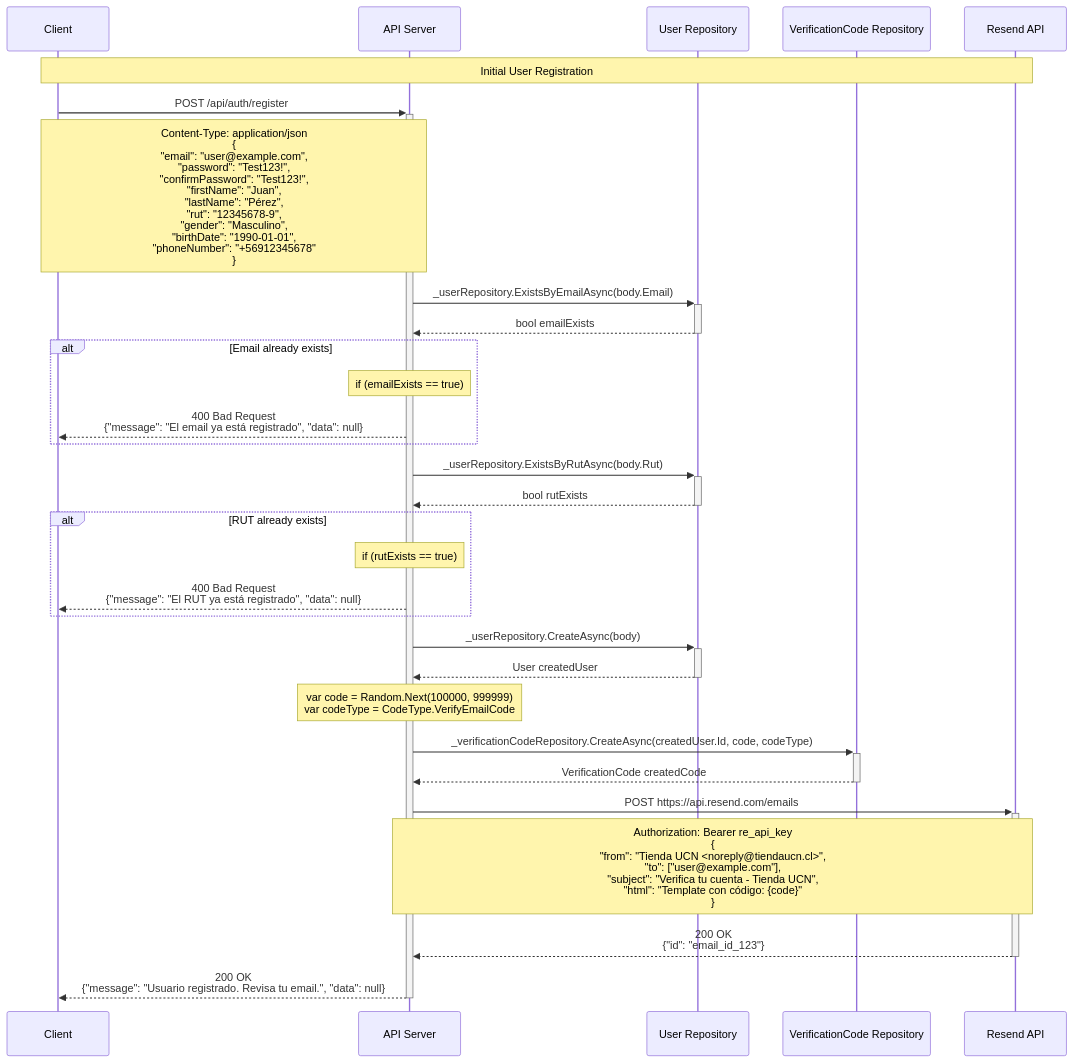
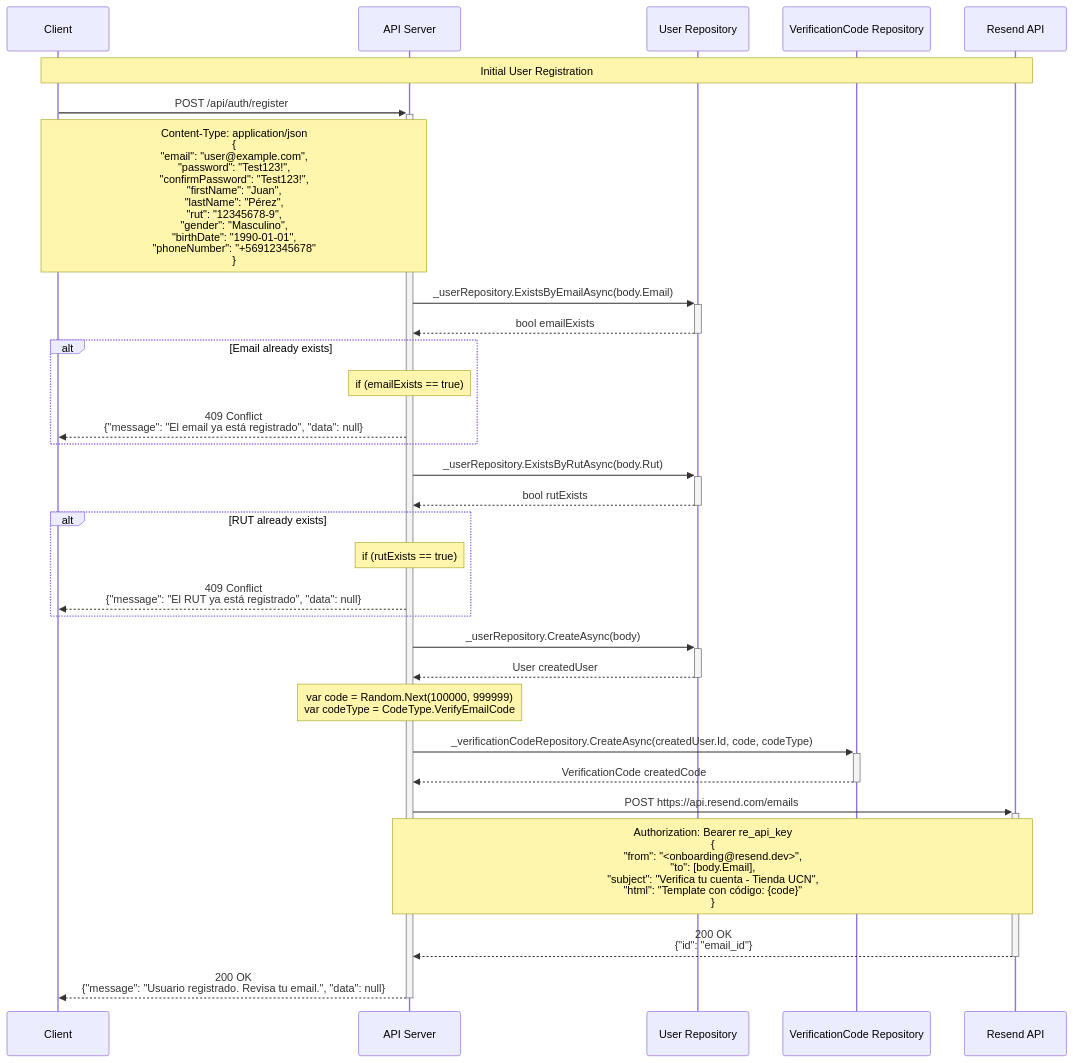
One commit to JorgeRiveraMancilla/idwm-backend changed the diagram in Docs/Auth/1_Register.md. Above: the diagram before and after it, drawn with Mermaid. The commit also changed 2 other files, not shown here.

Commit message:
docs(auth): update response codes and email sender details

````diff
--- a/Docs/Auth/1_Register.md
+++ b/Docs/Auth/1_Register.md
@@ -1,45 +1,45 @@
 ```mermaid
 sequenceDiagram
     participant C as Client
     participant API as API Server
     participant UR as User Repository
     participant VCR as VerificationCode Repository
     participant RS as Resend API
 
     Note over C,RS: Initial User Registration
 
     C->>+API: POST /api/auth/register
     Note over C,API: Content-Type: application/json<br/>{<br/>"email": "user@example.com",<br/>"password": "Test123!",<br/>"confirmPassword": "Test123!",<br/>"firstName": "Juan",<br/>"lastName": "Pérez",<br/>"rut": "12345678-9",<br/>"gender": "Masculino",<br/>"birthDate": "1990-01-01",<br/>"phoneNumber": "+56912345678"<br/>}
 
     API->>+UR: _userRepository.ExistsByEmailAsync(body.Email)
     UR-->>-API: bool emailExists
 
     alt Email already exists
         Note over API: if (emailExists == true)
-        API-->>C: 400 Bad Request<br/>{"message": "El email ya está registrado", "data": null}
+        API-->>C: 409 Conflict<br/>{"message": "El email ya está registrado", "data": null}
     end
 
     API->>+UR: _userRepository.ExistsByRutAsync(body.Rut)
     UR-->>-API: bool rutExists
 
 
     alt RUT already exists
         Note over API: if (rutExists == true)
-        API-->>C: 400 Bad Request<br/>{"message": "El RUT ya está registrado", "data": null}
+        API-->>C: 409 Conflict<br/>{"message": "El RUT ya está registrado", "data": null}
     end
 
     API->>+UR: _userRepository.CreateAsync(body)
     UR-->>-API: User createdUser
 
     Note over API: var code = Random.Next(100000, 999999)<br/>var codeType = CodeType.VerifyEmailCode
 
     API->>+VCR: _verificationCodeRepository.CreateAsync(createdUser.Id, code, codeType)
     VCR-->>-API: VerificationCode createdCode
 
     API->>+RS: POST https://api.resend.com/emails
-    Note over API,RS: Authorization: Bearer re_api_key<br/>{<br/>"from": "Tienda UCN <noreply@tiendaucn.cl>",<br/>"to": ["user@example.com"],<br/>"subject": "Verifica tu cuenta - Tienda UCN",<br/>"html": "Template con código: {code}"<br/>}
+    Note over API,RS: Authorization: Bearer re_api_key<br/>{<br/>"from": "<onboarding@resend.dev>",<br/>"to": [body.Email],<br/>"subject": "Verifica tu cuenta - Tienda UCN",<br/>"html": "Template con código: {code}"<br/>}
 
-    RS-->>-API: 200 OK<br/>{"id": "email_id_123"}
+    RS-->>-API: 200 OK<br/>{"id": "email_id"}
 
     API-->>-C: 200 OK<br/>{"message": "Usuario registrado. Revisa tu email.", "data": null}
 ```
````
